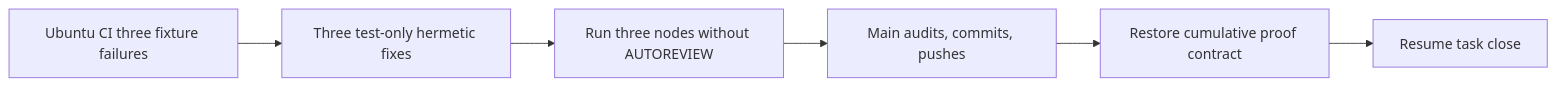
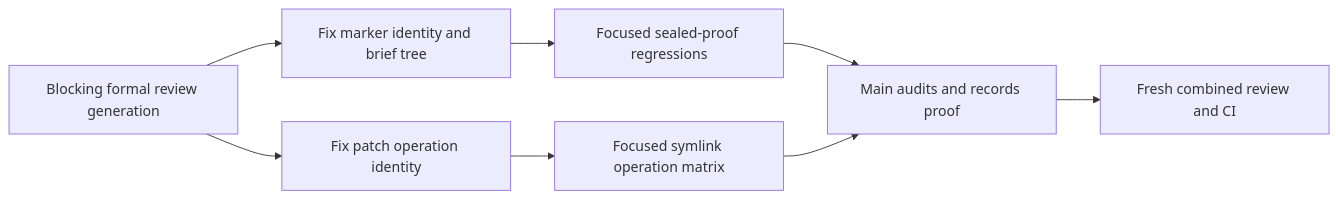
Before and after one commit to ismaeldoez7/symphony-forge: the diagram in .factory/stories/FORGE-COORD-1/task-plans/NATIVE-FOREGROUND-ACTIVATE.md, drawn with Mermaid. The commit also changed other lines of this file and 4 other files, not shown here.

Commit message:
plan: bind native review blocker fixes

````diff
--- a/.factory/stories/FORGE-COORD-1/task-plans/NATIVE-FOREGROUND-ACTIVATE.md
+++ b/.factory/stories/FORGE-COORD-1/task-plans/NATIVE-FOREGROUND-ACTIVATE.md
@@ -33,8 +30,10 @@
 ```mermaid
 flowchart LR
-    A[Ubuntu CI three fixture failures] --> B[Three test-only hermetic fixes]
-    B --> C[Run three nodes without AUTOREVIEW]
-    C --> D[Main audits, commits, pushes]
-    D --> E[Restore cumulative proof contract]
-    E --> F[Resume task close]
+    A[Blocking formal review generation] --> B[Fix marker identity and brief tree]
+    A --> C[Fix patch operation identity]
+    B --> D[Focused sealed-proof regressions]
+    C --> E[Focused symlink operation matrix]
+    D --> F[Main audits and records proof]
+    E --> F
+    F --> G[Fresh combined review and CI]
 ```
````
